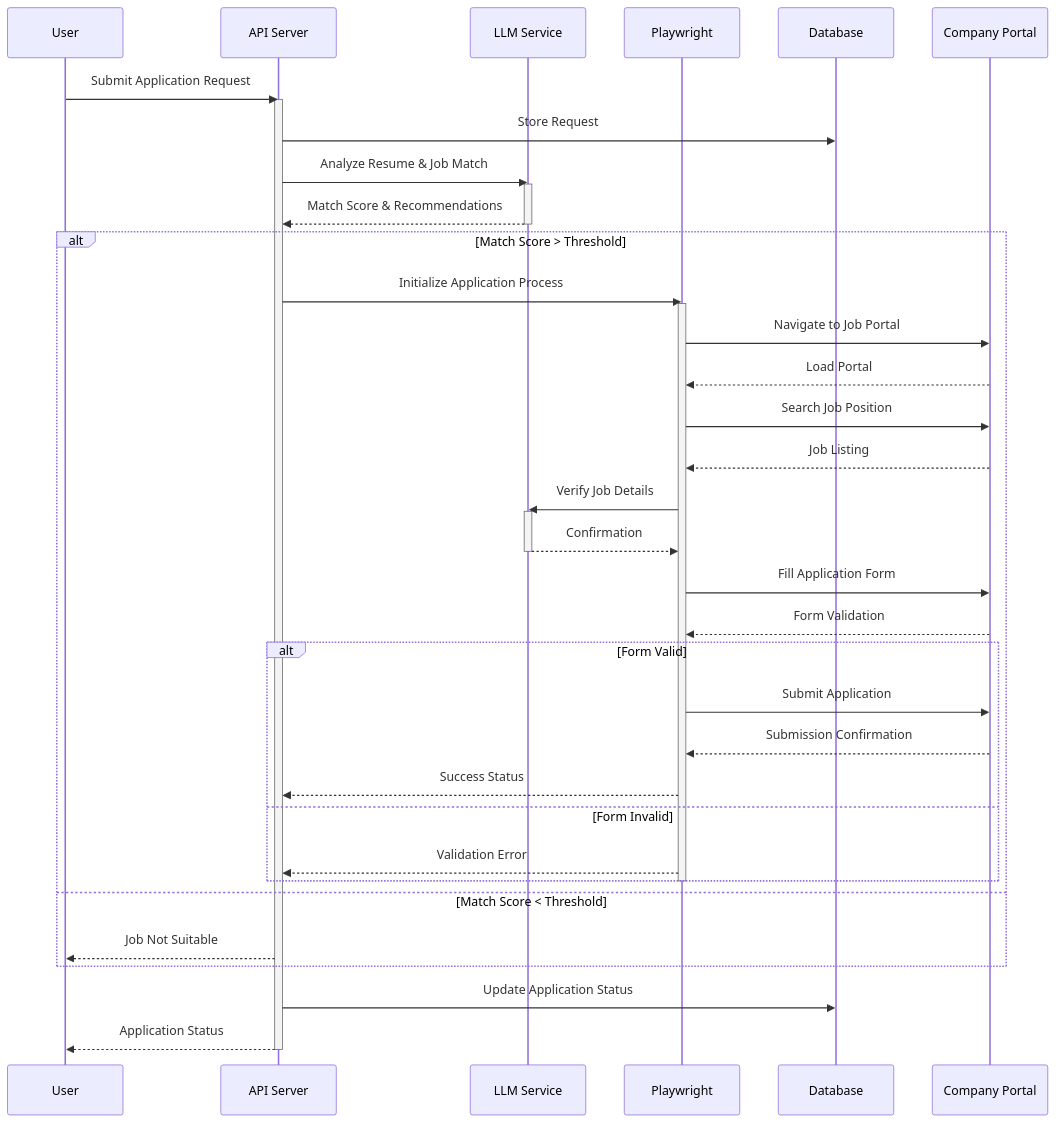
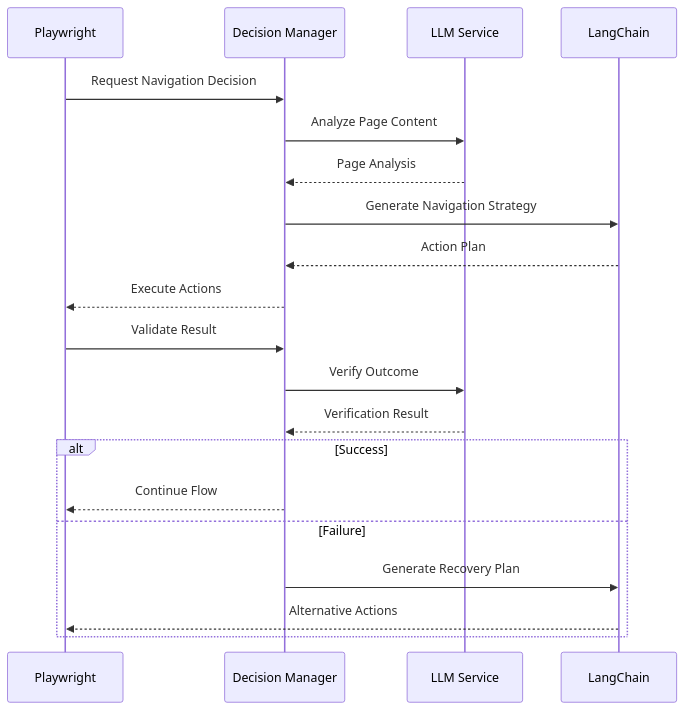
The second of 3 diagrams in README.md (gouthamreddykallem/job_applier_backend), drawn with Mermaid before and after one commit. The commit also changed other lines of this file and 14 other files, not shown here.

````diff
--- a/README.md
+++ b/README.md
@@ -96,49 +58,25 @@
 ```mermaid
 sequenceDiagram
-    participant U as User
-    participant API as API Server
+    participant PW as Playwright
+    participant DM as Decision Manager
     participant LLM as LLM Service
-    participant PW as Playwright
-    participant DB as Database
-    participant CP as Company Portal
-
-    U->>API: Submit Application Request
-    activate API
-    API->>DB: Store Request
-    API->>LLM: Analyze Resume & Job Match
-    activate LLM
-    LLM-->>API: Match Score & Recommendations
-    deactivate LLM
+    participant LC as LangChain
     
-    alt Match Score > Threshold
-        API->>PW: Initialize Application Process
-        activate PW
-        PW->>CP: Navigate to Job Portal
-        CP-->>PW: Load Portal
-        PW->>CP: Search Job Position
-        CP-->>PW: Job Listing
-        
-        PW->>LLM: Verify Job Details
-        activate LLM
-        LLM-->>PW: Confirmation
-        deactivate LLM
-        
-        PW->>CP: Fill Application Form
-        CP-->>PW: Form Validation
-        
-        alt Form Valid
-            PW->>CP: Submit Application
-            CP-->>PW: Submission Confirmation
-            PW-->>API: Success Status
-        else Form Invalid
-            PW-->>API: Validation Error
-        end
-        deactivate PW
-    else Match Score < Threshold
-        API-->>U: Job Not Suitable
+    PW->>DM: Request Navigation Decision
+    DM->>LLM: Analyze Page Content
+    LLM-->>DM: Page Analysis
+    DM->>LC: Generate Navigation Strategy
+    LC-->>DM: Action Plan
+    DM-->>PW: Execute Actions
+    
+    PW->>DM: Validate Result
+    DM->>LLM: Verify Outcome
+    LLM-->>DM: Verification Result
+    
+    alt Success
+        DM-->>PW: Continue Flow
+    else Failure
+        DM->>LC: Generate Recovery Plan
+        LC-->>PW: Alternative Actions
     end
-    
-    API->>DB: Update Application Status
-    API-->>U: Application Status
-    deactivate API
 ```
````
